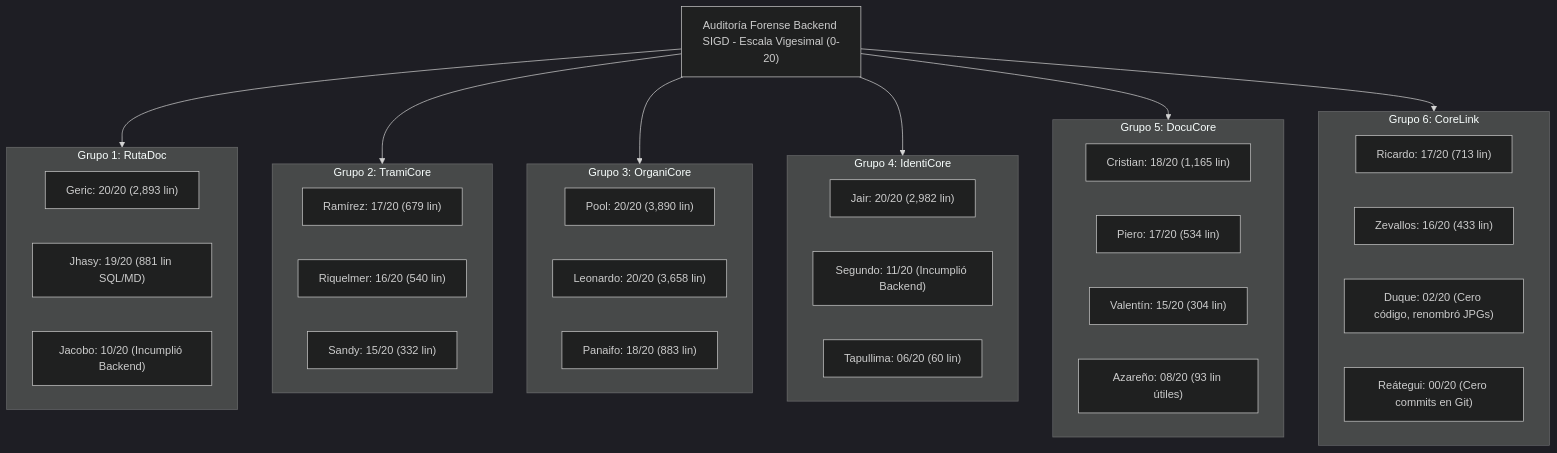
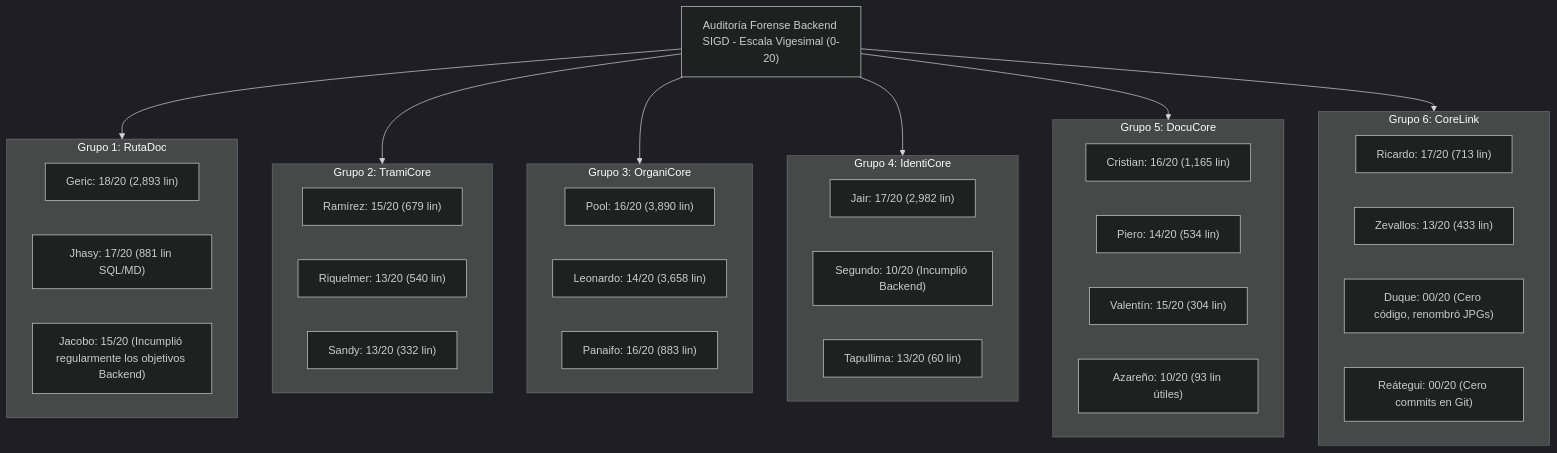
Before and after one commit to rhtf-92/SIGD: the diagram in backend/docs/INFORME_AUDITORIA_CONTRIBUCIONES_BACKEND.md, drawn with Mermaid (dark theme). The commit also changed other lines of this file, not shown here.

````diff
--- a/backend/docs/INFORME_AUDITORIA_CONTRIBUCIONES_BACKEND.md
+++ b/backend/docs/INFORME_AUDITORIA_CONTRIBUCIONES_BACKEND.md
@@ -20,49 +20,49 @@
 ```mermaid
 flowchart TB
     AuditRoot["Auditoría Forense Backend SIGD - Escala Vigesimal (0-20)"]
 
     subgraph G1["Grupo 1: RutaDoc"]
-        G1_1["Geric: 20/20 (2,893 lin)"]
-        G1_2["Jhasy: 19/20 (881 lin SQL/MD)"]
-        G1_3["Jacobo: 10/20 (Incumplió Backend)"]
+        G1_1["Geric: 18/20 (2,893 lin)"]
+        G1_2["Jhasy: 17/20 (881 lin SQL/MD)"]
+        G1_3["Jacobo: 15/20 (Incumplió regularmente los objetivos Backend)"]
     end
 
     subgraph G2["Grupo 2: TramiCore"]
-        G2_1["Ramírez: 17/20 (679 lin)"]
-        G2_2["Riquelmer: 16/20 (540 lin)"]
-        G2_3["Sandy: 15/20 (332 lin)"]
+        G2_1["Ramírez: 15/20 (679 lin)"]
+        G2_2["Riquelmer: 13/20 (540 lin)"]
+        G2_3["Sandy: 13/20 (332 lin)"]
     end
 
     subgraph G3["Grupo 3: OrganiCore"]
-        G3_1["Pool: 20/20 (3,890 lin)"]
-        G3_2["Leonardo: 20/20 (3,658 lin)"]
-        G3_3["Panaifo: 18/20 (883 lin)"]
+        G3_1["Pool: 16/20 (3,890 lin)"]
+        G3_2["Leonardo: 14/20 (3,658 lin)"]
+        G3_3["Panaifo: 16/20 (883 lin)"]
     end
 
     subgraph G4["Grupo 4: IdentiCore"]
-        G4_1["Jair: 20/20 (2,982 lin)"]
-        G4_2["Segundo: 11/20 (Incumplió Backend)"]
-        G4_3["Tapullima: 06/20 (60 lin)"]
+        G4_1["Jair: 17/20 (2,982 lin)"]
+        G4_2["Segundo: 10/20 (Incumplió Backend)"]
+        G4_3["Tapullima: 13/20 (60 lin)"]
     end
 
     subgraph G5["Grupo 5: DocuCore"]
-        G5_1["Cristian: 18/20 (1,165 lin)"]
-        G5_2["Piero: 17/20 (534 lin)"]
+        G5_1["Cristian: 16/20 (1,165 lin)"]
+        G5_2["Piero: 14/20 (534 lin)"]
         G5_3["Valentín: 15/20 (304 lin)"]
-        G5_4["Azareño: 08/20 (93 lin útiles)"]
+        G5_4["Azareño: 10/20 (93 lin útiles)"]
     end
 
     subgraph G6["Grupo 6: CoreLink"]
         G6_1["Ricardo: 17/20 (713 lin)"]
-        G6_2["Zevallos: 16/20 (433 lin)"]
-        G6_3["Duque: 02/20 (Cero código, renombró JPGs)"]
+        G6_2["Zevallos: 13/20 (433 lin)"]
+        G6_3["Duque: 00/20 (Cero código, renombró JPGs)"]
         G6_4["Reátegui: 00/20 (Cero commits en Git)"]
     end
 
     AuditRoot --> G1
     AuditRoot --> G2
     AuditRoot --> G3
     AuditRoot --> G4
     AuditRoot --> G5
     AuditRoot --> G6
 ```
````
